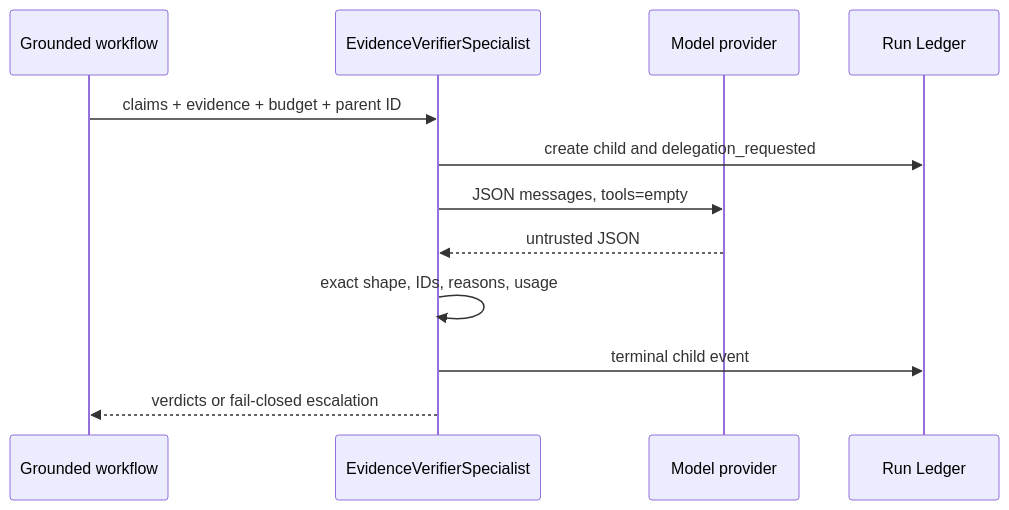
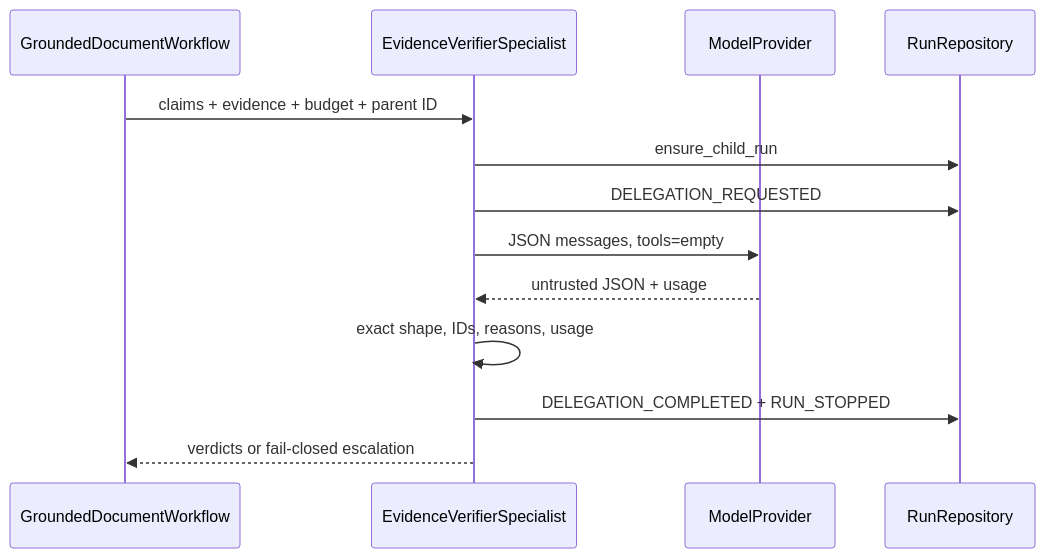
Before and after one commit to levalencia/archon: the first of 2 diagrams in docs/course/concepts/verifier-child.md, drawn with Mermaid. The commit also changed other lines of this file and 7 other files, not shown here.

````diff
--- a/docs/course/concepts/verifier-child.md
+++ b/docs/course/concepts/verifier-child.md
@@ -14,14 +17,15 @@
 ```mermaid
 sequenceDiagram
-  participant W as Grounded workflow
+  participant W as GroundedDocumentWorkflow
   participant V as EvidenceVerifierSpecialist
-  participant M as Model provider
-  participant L as Run Ledger
+  participant M as ModelProvider
+  participant L as RunRepository
   W->>V: claims + evidence + budget + parent ID
-  V->>L: create child and delegation_requested
+  V->>L: ensure_child_run
+  V->>L: DELEGATION_REQUESTED
   V->>M: JSON messages, tools=empty
-  M-->>V: untrusted JSON
+  M-->>V: untrusted JSON + usage
   V->>V: exact shape, IDs, reasons, usage
-  V->>L: terminal child event
+  V->>L: DELEGATION_COMPLETED + RUN_STOPPED
   V-->>W: verdicts or fail-closed escalation
 ```
````
